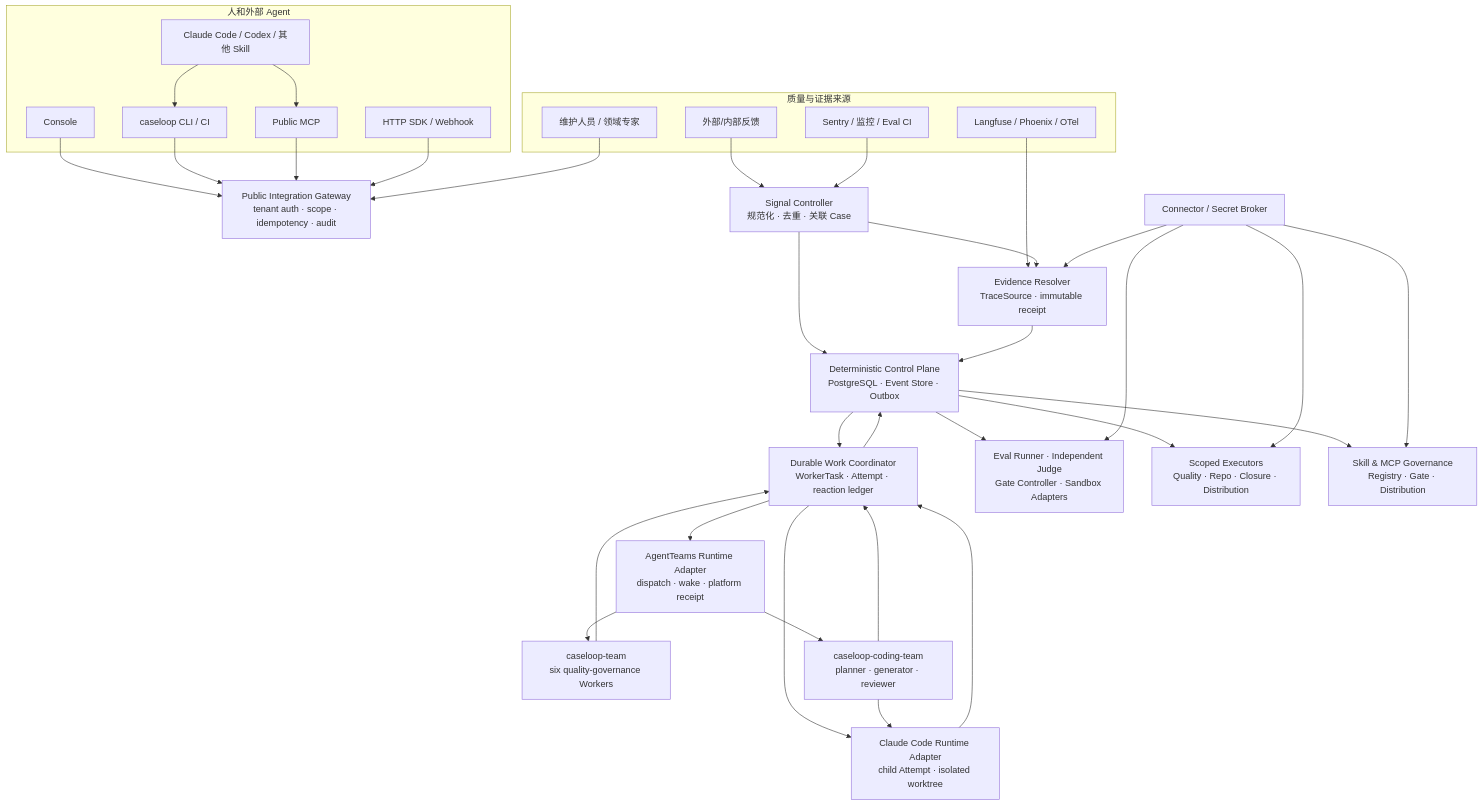
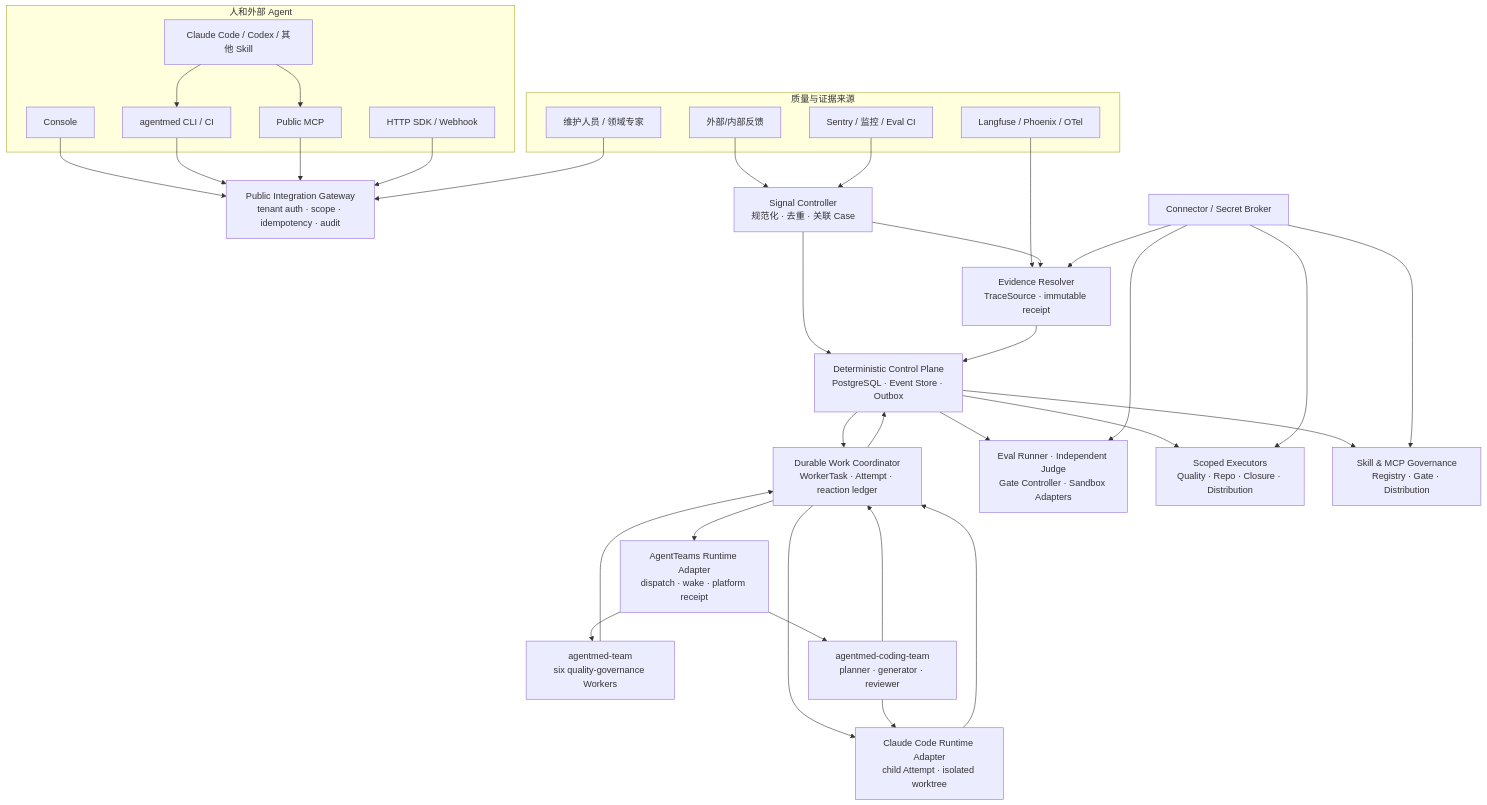
Before and after one commit to Gout999/AgentMED: the diagram in docs/plan-v4.md, drawn with Mermaid. The commit also changed other lines of this file and 231 other files, not shown here.

````diff
--- a/docs/plan-v4.md
+++ b/docs/plan-v4.md
@@ -116,62 +116,62 @@
 ```mermaid
 flowchart TB
   subgraph Users["人和外部 Agent"]
     Web["Console"]
-    CLI["caseloop CLI / CI"]
+    CLI["agentmed CLI / CI"]
     MCP["Public MCP"]
     SDK["HTTP SDK / Webhook"]
     Plugin["Claude Code / Codex / 其他 Skill"]
   end
 
   subgraph Sources["质量与证据来源"]
     Feedback["外部/内部反馈"]
     LF["Langfuse / Phoenix / OTel"]
     Monitor["Sentry / 监控 / Eval CI"]
     Human["维护人员 / 领域专家"]
   end
 
   Gateway["Public Integration Gateway\ntenant auth · scope · idempotency · audit"]
   Signal["Signal Controller\n规范化 · 去重 · 关联 Case"]
   Evidence["Evidence Resolver\nTraceSource · immutable receipt"]
   Work["Durable Work Coordinator\nWorkerTask · Attempt · reaction ledger"]
   ATRuntime["AgentTeams Runtime Adapter\ndispatch · wake · platform receipt"]
   ClaudeRuntime["Claude Code Runtime Adapter\nchild Attempt · isolated worktree"]
-  QualityTeam["caseloop-team\nsix quality-governance Workers"]
-  CodingTeam["caseloop-coding-team\nplanner · generator · reviewer"]
+  QualityTeam["agentmed-team\nsix quality-governance Workers"]
+  CodingTeam["agentmed-coding-team\nplanner · generator · reviewer"]
   Kernel["Deterministic Control Plane\nPostgreSQL · Event Store · Outbox"]
   Eval["Eval Runner · Independent Judge\nGate Controller · Sandbox Adapters"]
   Release["Scoped Executors\nQuality · Repo · Closure · Distribution"]
   Skill["Skill & MCP Governance\nRegistry · Gate · Distribution"]
   Secret["Connector / Secret Broker"]
 
   Web --> Gateway
   CLI --> Gateway
   MCP --> Gateway
   SDK --> Gateway
   Plugin --> CLI
   Plugin --> MCP
   Feedback --> Signal
   Monitor --> Signal
   Human --> Gateway
   LF --> Evidence
   Signal --> Kernel
   Signal --> Evidence
   Evidence --> Kernel
   Kernel --> Work
   Work --> ATRuntime
   Work --> ClaudeRuntime
   ATRuntime --> QualityTeam
   ATRuntime --> CodingTeam
   CodingTeam --> ClaudeRuntime
   QualityTeam --> Work
   CodingTeam --> Work
   ClaudeRuntime --> Work
   Work --> Kernel
   Kernel --> Eval
   Kernel --> Release
   Kernel --> Skill
   Secret --> Evidence
   Secret --> Eval
   Secret --> Release
   Secret --> Skill
 ```
````
